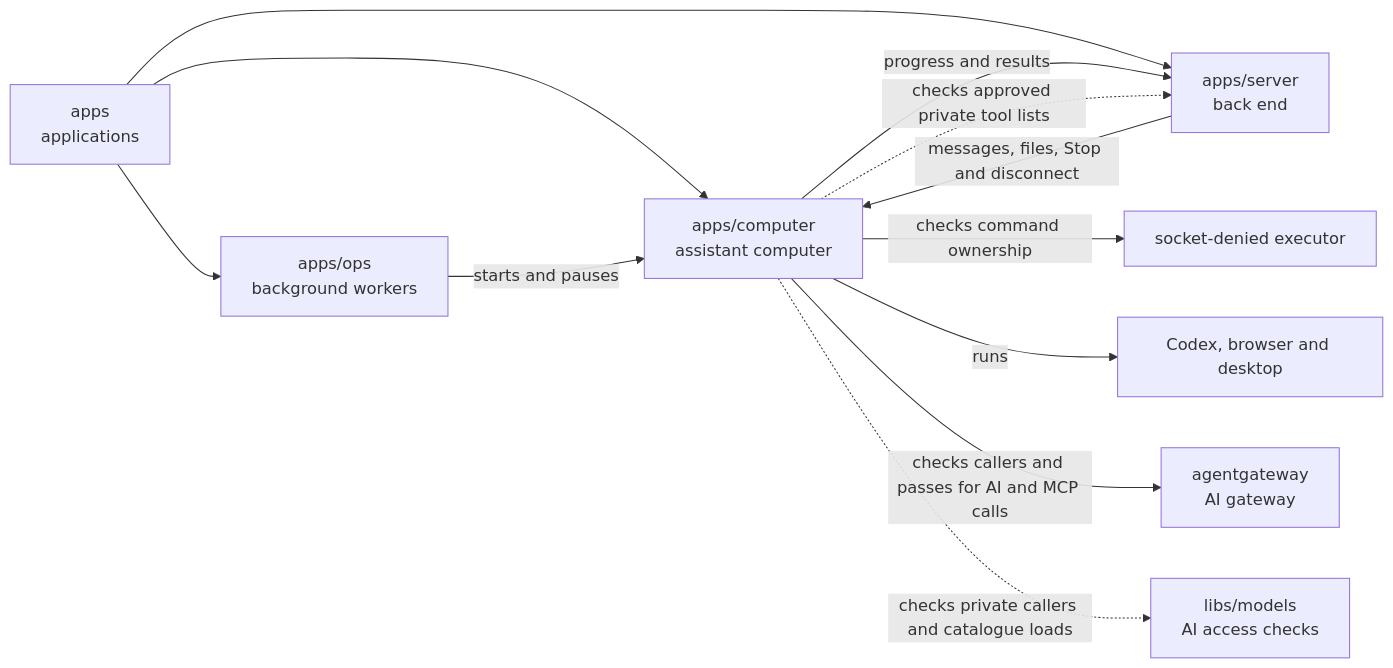
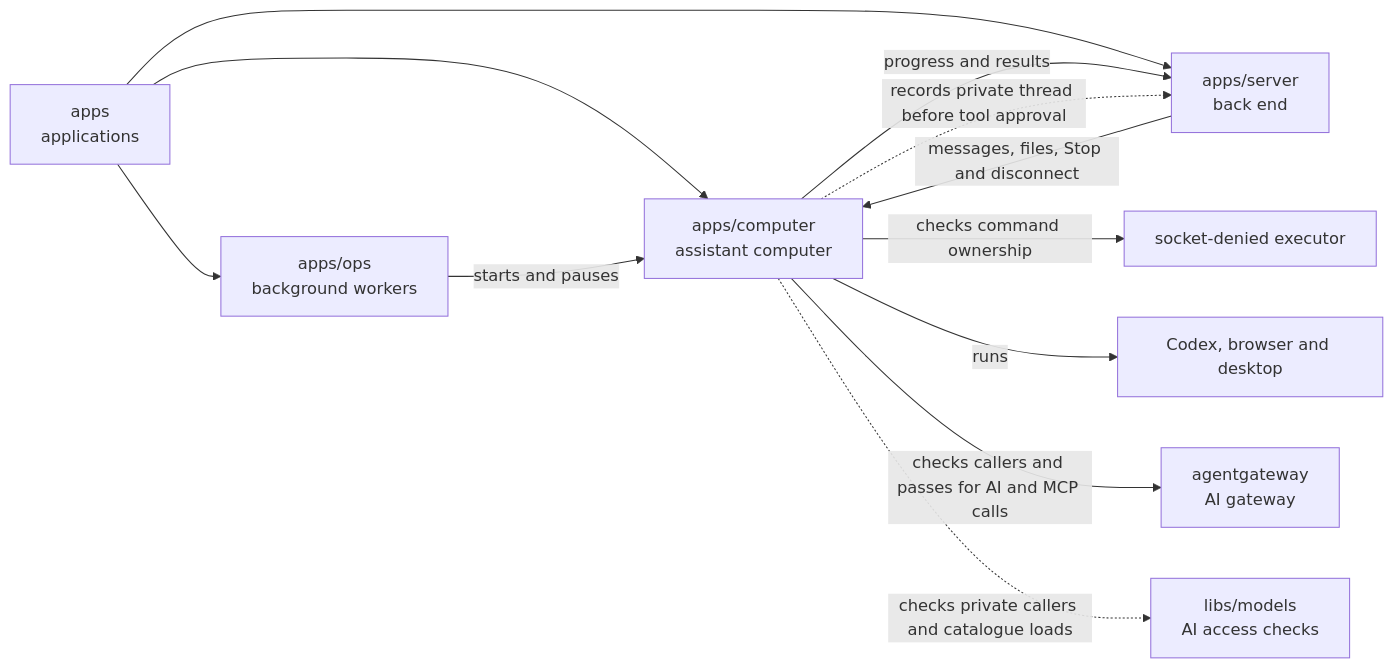
Before and after one commit to elewa-git/opencrane-new: the diagram in apps/computer/README.md, drawn with Mermaid. The commit also changed other lines of this file and 11 other files, not shown here.

Commit message:
🔧 Bind private catalogues after native thread creation

````diff
--- a/apps/computer/README.md
+++ b/apps/computer/README.md
@@ -16,14 +16,14 @@
 ```mermaid
 flowchart LR
   apps["apps<br/>applications"] --> computer["apps/computer<br/>assistant computer"]
   apps --> ops["apps/ops<br/>background workers"]
   apps --> server["apps/server<br/>back end"]
   ops -->|starts and pauses| computer
   server -->|messages, files, Stop and disconnect| computer
   computer -->|progress and results| server
-  computer -.->|checks approved private tool lists| server
+  computer -.->|records private thread before tool approval| server
   computer -->|checks command ownership| executor["socket-denied executor"]
   computer -->|runs| desktop["Codex, browser and desktop"]
   computer -->|checks callers and passes for AI and MCP calls| gateway["agentgateway<br/>AI gateway"]
   computer -.->|checks private callers and catalogue loads| models["libs/models<br/>AI access checks"]
 ```
````
